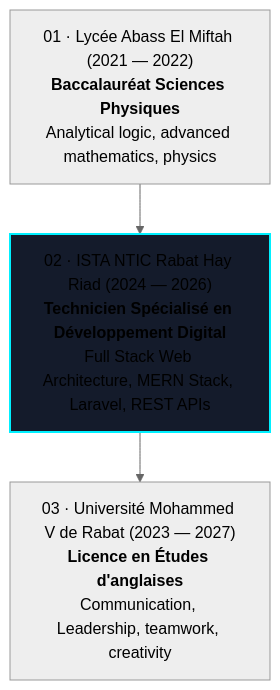
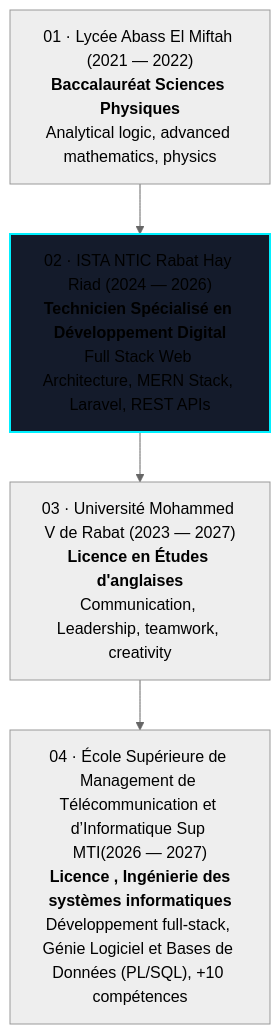
Before and after one commit to Cherkaoui7/portfolio: the diagram in README.md, drawn with Mermaid (neutral theme).

Commit message:
Add educational background for École Supérieure de Management

````diff
--- a/README.md
+++ b/README.md
@@ -236,10 +236,12 @@
 ```mermaid
 graph TD
     A["01 · Lycée Abass El Miftah (2021 — 2022)<br/><b>Baccalauréat Sciences Physiques</b><br/>Analytical logic, advanced mathematics, physics"]
     B["02 · ISTA NTIC Rabat Hay Riad (2024 — 2026)<br/><b>Technicien Spécialisé en Développement Digital</b><br/>Full Stack Web Architecture, MERN Stack, Laravel, REST APIs"]
     C["03 · Université Mohammed V de Rabat (2023 — 2027)<br/><b>Licence en Études d'anglaises</b><br/>Communication, Leadership, teamwork, creativity "]
+    D["04 · École Supérieure de Management de Télécommunication et d’Informatique Sup MTI(2026 — 2027)<br/><b> Licence , Ingénierie des systèmes informatiques</b><br/>Développement full-stack, Génie Logiciel et Bases de Données (PL/SQL), +10 compétences "]
 
     A --> B
     B --> C
+    C --> D
     style B stroke:#00f0ff,stroke-width:2px,fill:#141b2b
 ```
````
